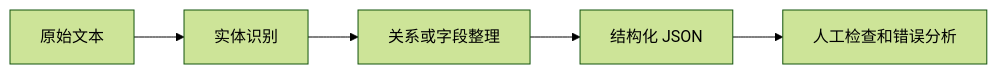
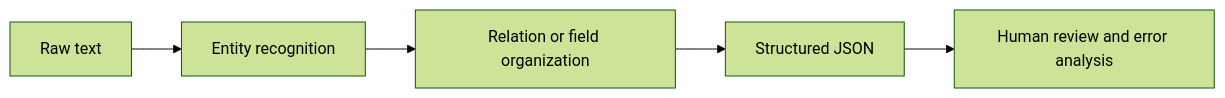
The diagram in docs/ch11-nlp/ch07-projects/03-information-extraction.md (oudbiao/AI-fullstack-course), drawn with Mermaid (forest theme) before and after one commit. The commit also changed other lines of this file and 1406 other files, not shown here.

````diff
--- a/docs/ch11-nlp/ch07-projects/03-information-extraction.md
+++ b/docs/ch11-nlp/ch07-projects/03-information-extraction.md
@@ -24,7 +24,7 @@
 ```mermaid
 flowchart LR
-  A[原始文本] --> B[实体识别]
-  B --> C[关系或字段整理]
-  C --> D[结构化 JSON]
-  D --> E[人工检查和错误分析]
+  A[Raw text] --> B[Entity recognition]
+  B --> C[Relation or field organization]
+  C --> D[Structured JSON]
+  D --> E[Human review and error analysis]
 ```
````
